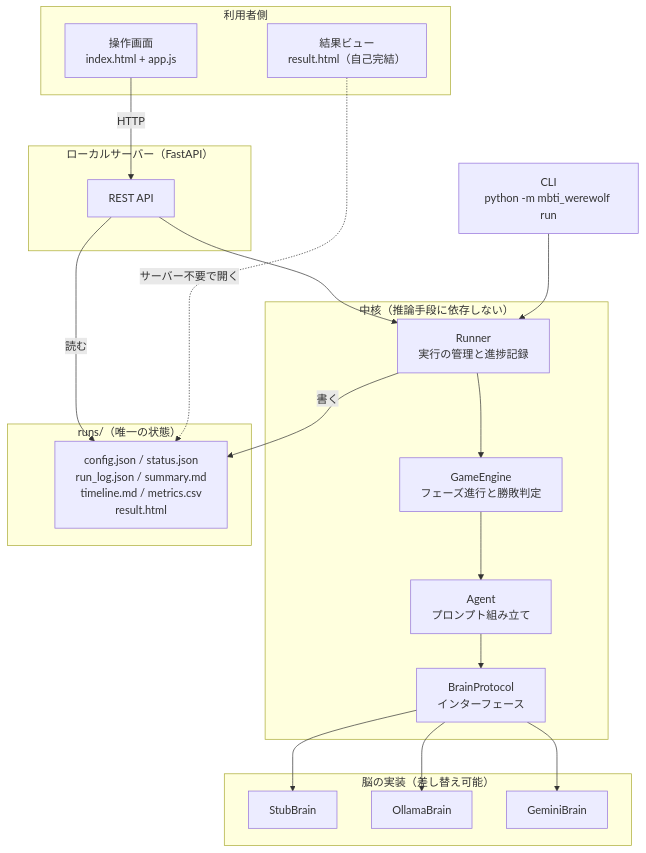
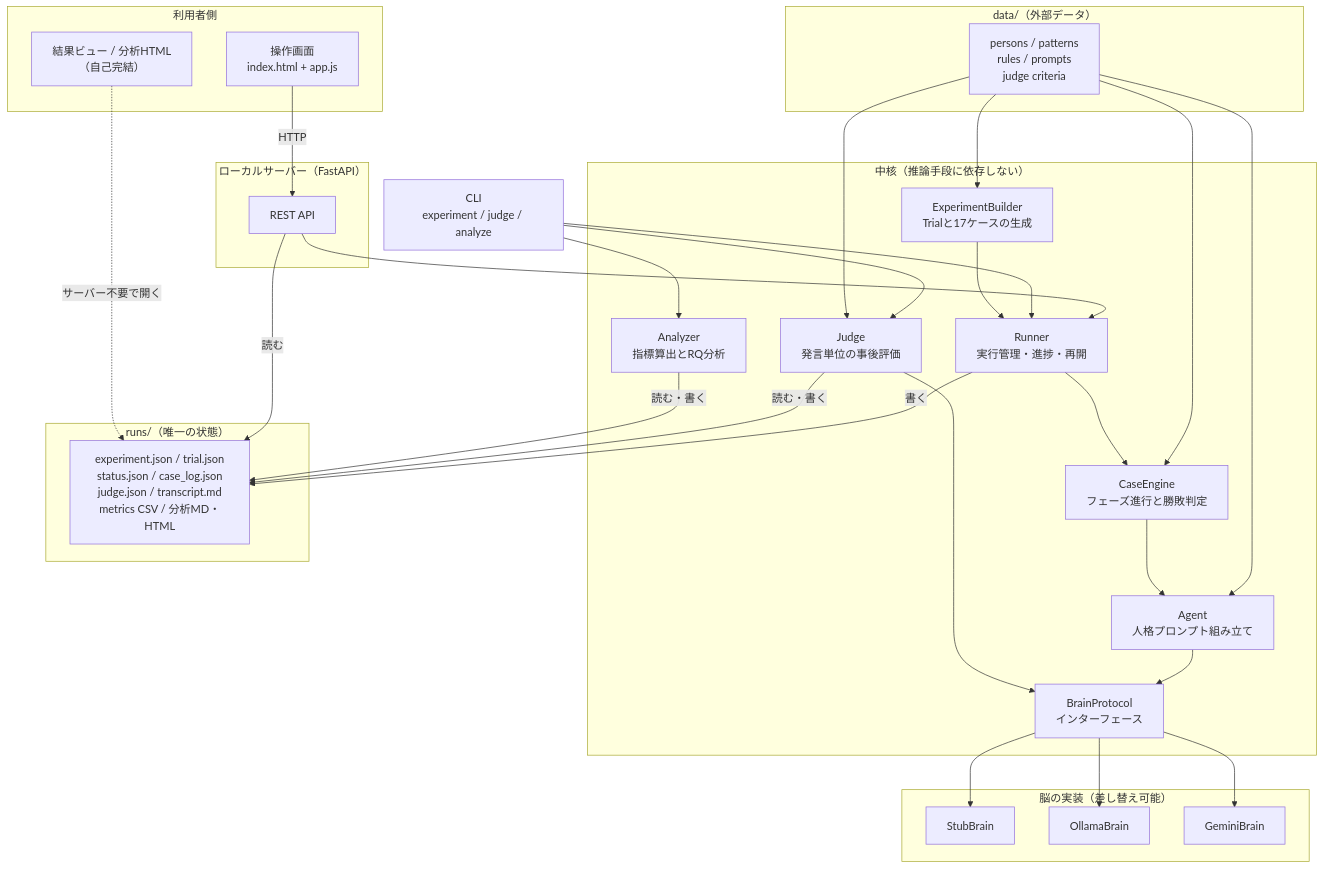
Before and after one commit to ziriss8120121/hackathon-test: the first of 11 diagrams in docs/design.md, drawn with Mermaid. The commit also changed other lines of this file and 2 other files, not shown here.

````diff
--- a/docs/design.md
+++ b/docs/design.md
@@ -131,43 +255,60 @@
 ```mermaid
 flowchart TB
     subgraph CLIENT["利用者側"]
         SCR["操作画面<br/>index.html + app.js"]
-        VIEW["結果ビュー<br/>result.html（自己完結）"]
+        VIEW["結果ビュー / 分析HTML<br/>（自己完結）"]
     end
 
     subgraph SERVER["ローカルサーバー（FastAPI）"]
         API["REST API"]
     end
 
+    subgraph MASTER["data/（外部データ）"]
+        MD["persons / patterns<br/>rules / prompts<br/>judge criteria"]
+    end
+
     subgraph CORE["中核（推論手段に依存しない）"]
-        RUNNER["Runner<br/>実行の管理と進捗記録"]
-        ENGINE["GameEngine<br/>フェーズ進行と勝敗判定"]
-        AGENT["Agent<br/>プロンプト組み立て"]
+        EXP["ExperimentBuilder<br/>Trialと17ケースの生成"]
+        RUNNER["Runner<br/>実行管理・進捗・再開"]
+        ENGINE["CaseEngine<br/>フェーズ進行と勝敗判定"]
+        AGENT["Agent<br/>人格プロンプト組み立て"]
+        JUDGE["Judge<br/>発言単位の事後評価"]
+        ANA["Analyzer<br/>指標算出とRQ分析"]
         PROTO["BrainProtocol<br/>インターフェース"]
     end
 
     subgraph BRAINS["脳の実装（差し替え可能）"]
         STUB["StubBrain"]
         OLLAMA["OllamaBrain"]
         GEMINI["GeminiBrain"]
     end
 
     subgraph STORE["runs/（唯一の状態）"]
-        FILES["config.json / status.json<br/>run_log.json / summary.md<br/>timeline.md / metrics.csv<br/>result.html"]
+        FILES["experiment.json / trial.json<br/>status.json / case_log.json<br/>judge.json / transcript.md<br/>metrics CSV / 分析MD・HTML"]
     end
 
-    CLIPATH["CLI<br/>python -m mbti_werewolf run"]
+    CLIRUN["CLI<br/>experiment / judge / analyze"]
 
     SCR -->|"HTTP"| API
     API --> RUNNER
-    CLIPATH --> RUNNER
+    CLIRUN --> RUNNER
+    CLIRUN --> JUDGE
+    CLIRUN --> ANA
+    MD --> EXP
+    MD --> ENGINE
+    MD --> AGENT
+    MD --> JUDGE
+    EXP --> RUNNER
     RUNNER --> ENGINE
     ENGINE --> AGENT
     AGENT --> PROTO
+    JUDGE --> PROTO
     PROTO --> STUB
     PROTO --> OLLAMA
     PROTO --> GEMINI
     RUNNER -->|"書く"| FILES
+    JUDGE -->|"読む・書く"| FILES
+    ANA -->|"読む・書く"| FILES
     API -->|"読む"| FILES
     VIEW -.->|"サーバー不要で開く"| FILES
 ```
````
